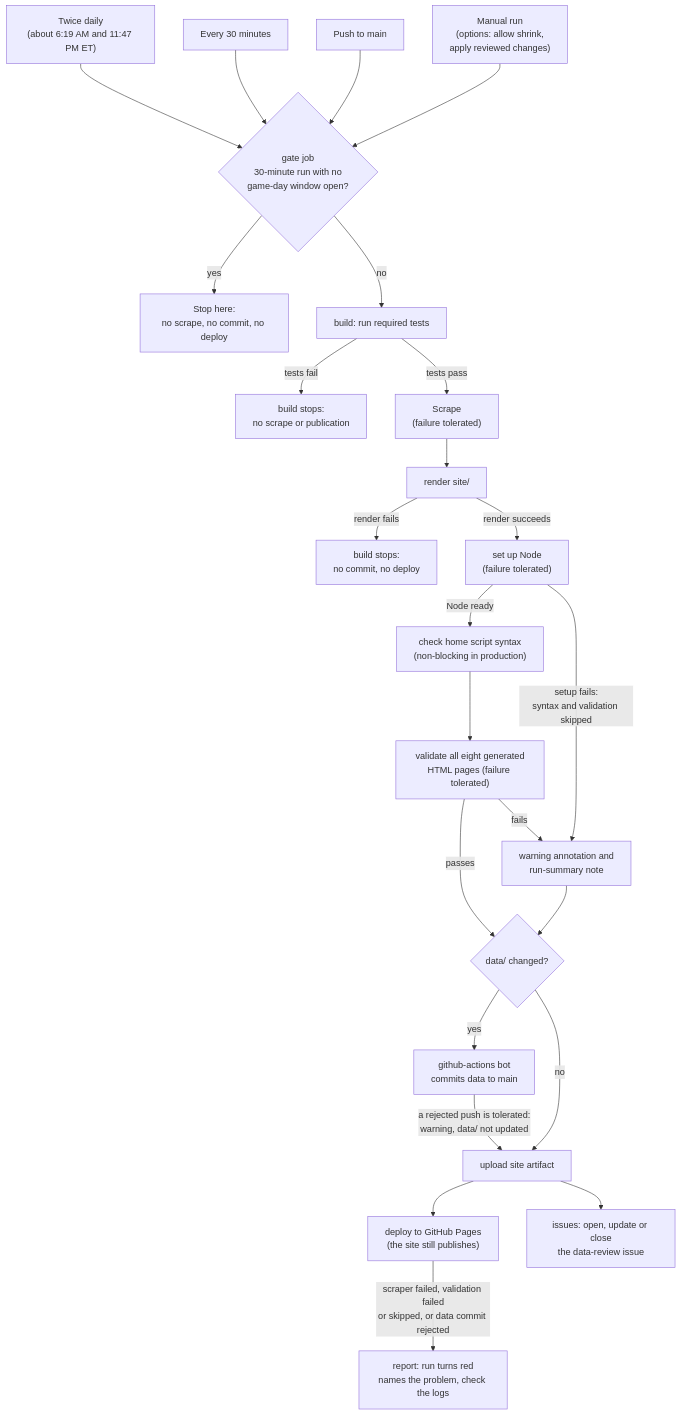
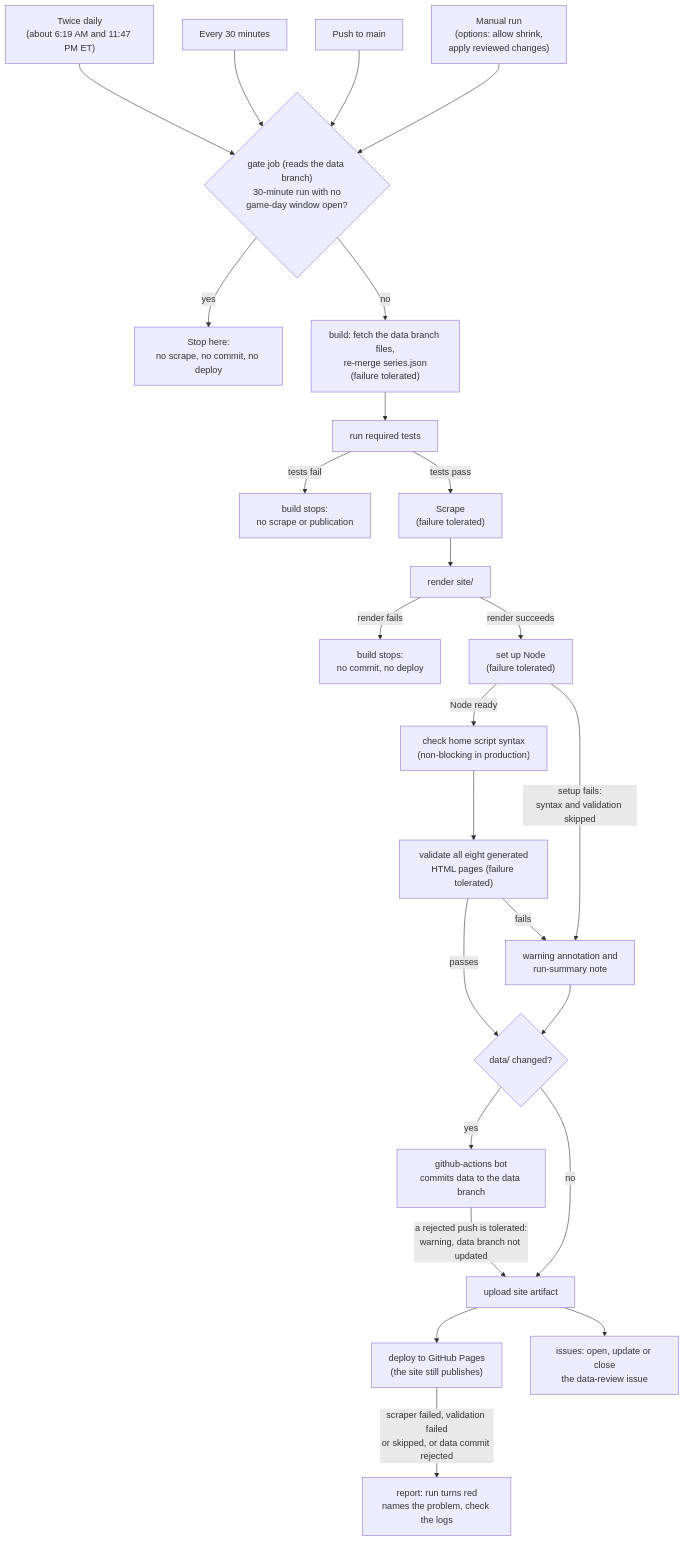
One commit to jacksonmote/DePauw-vs-Wabash-web changed the second of 3 diagrams in README.md. Above: the diagram before and after it, drawn with Mermaid. The commit also changed other lines of this file and 3 other files, not shown here.

First line of the commit message:
Document the data branch in the README and AGENTS.md

````diff
--- a/README.md
+++ b/README.md
@@ -182,27 +207,28 @@
 ```mermaid
 flowchart TD
   T1["Twice daily<br/>(about 6:19 AM and 11:47 PM ET)"] --> G
   T2["Every 30 minutes"] --> G
   T3["Push to main"] --> G
   T4["Manual run<br/>(options: allow shrink,<br/>apply reviewed changes)"] --> G
-  G{"gate job<br/>30-minute run with no<br/>game-day window open?"}
+  G{"gate job (reads the data branch)<br/>30-minute run with no<br/>game-day window open?"}
   G -- "yes" --> X["Stop here:<br/>no scrape, no commit, no deploy"]
-  G -- "no" --> B["build: run required tests"]
+  G -- "no" --> F["build: fetch the data branch files,<br/>re-merge series.json<br/>(failure tolerated)"]
+  F --> B["run required tests"]
   B -- "tests fail" --> TF["build stops:<br/>no scrape or publication"]
   B -- "tests pass" --> S["Scrape<br/>(failure tolerated)"]
   S --> R["render site/"]
   R -- "render fails" --> RF["build stops:<br/>no commit, no deploy"]
   R -- "render succeeds" --> N["set up Node<br/>(failure tolerated)"]
   N -- "Node ready" --> JS["check home script syntax<br/>(non-blocking in production)"]
   JS --> V["validate all eight generated<br/>HTML pages (failure tolerated)"]
   N -- "setup fails:<br/>syntax and validation skipped" --> W
   V -- "passes" --> C
   V -- "fails" --> W["warning annotation and<br/>run-summary note"]
   W --> C{"data/ changed?"}
-  C -- "yes" --> CM["github-actions bot<br/>commits data to main"]
+  C -- "yes" --> CM["github-actions bot<br/>commits data to the data branch"]
   C -- "no" --> U
-  CM -- "a rejected push is tolerated:<br/>warning, data/ not updated" --> U["upload site artifact"]
+  CM -- "a rejected push is tolerated:<br/>warning, data branch not updated" --> U["upload site artifact"]
   U --> D["deploy to GitHub Pages<br/>(the site still publishes)"]
   U --> IS["issues: open, update or close<br/>the data-review issue"]
   D -- "scraper failed, validation failed<br/>or skipped, or data commit rejected" --> RP["report: run turns red<br/>names the problem, check the logs"]
 ```
````
